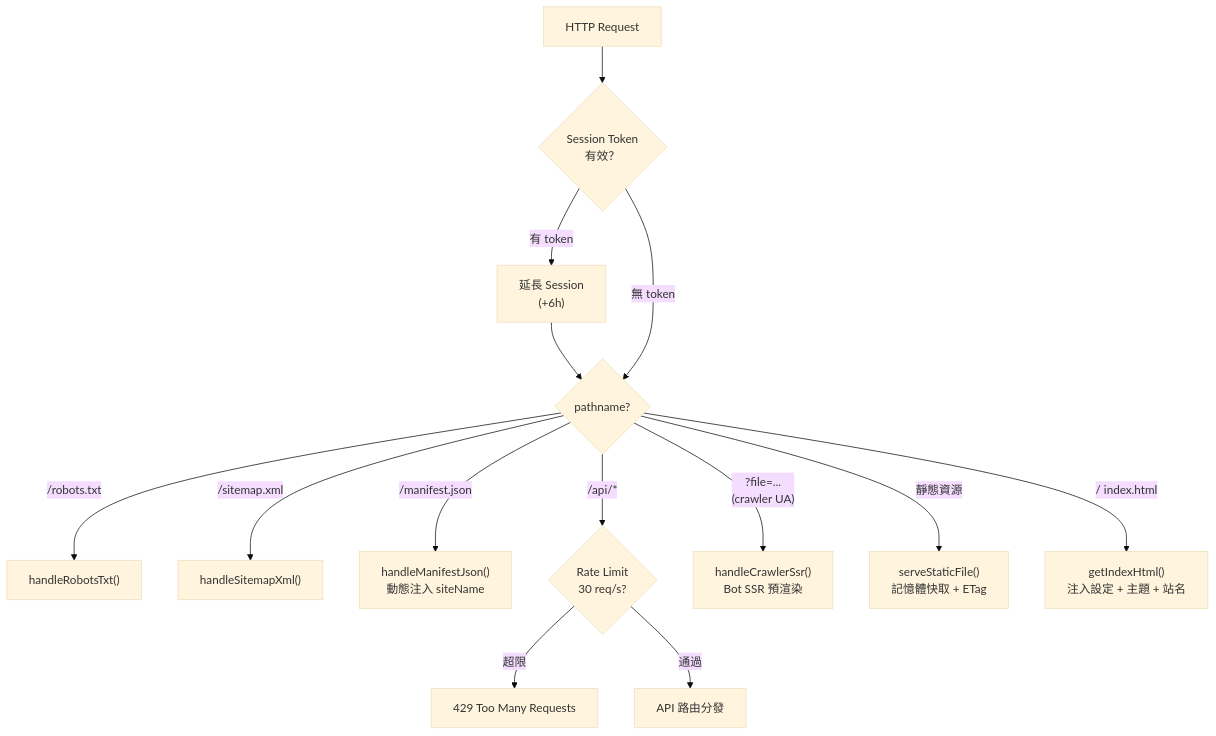
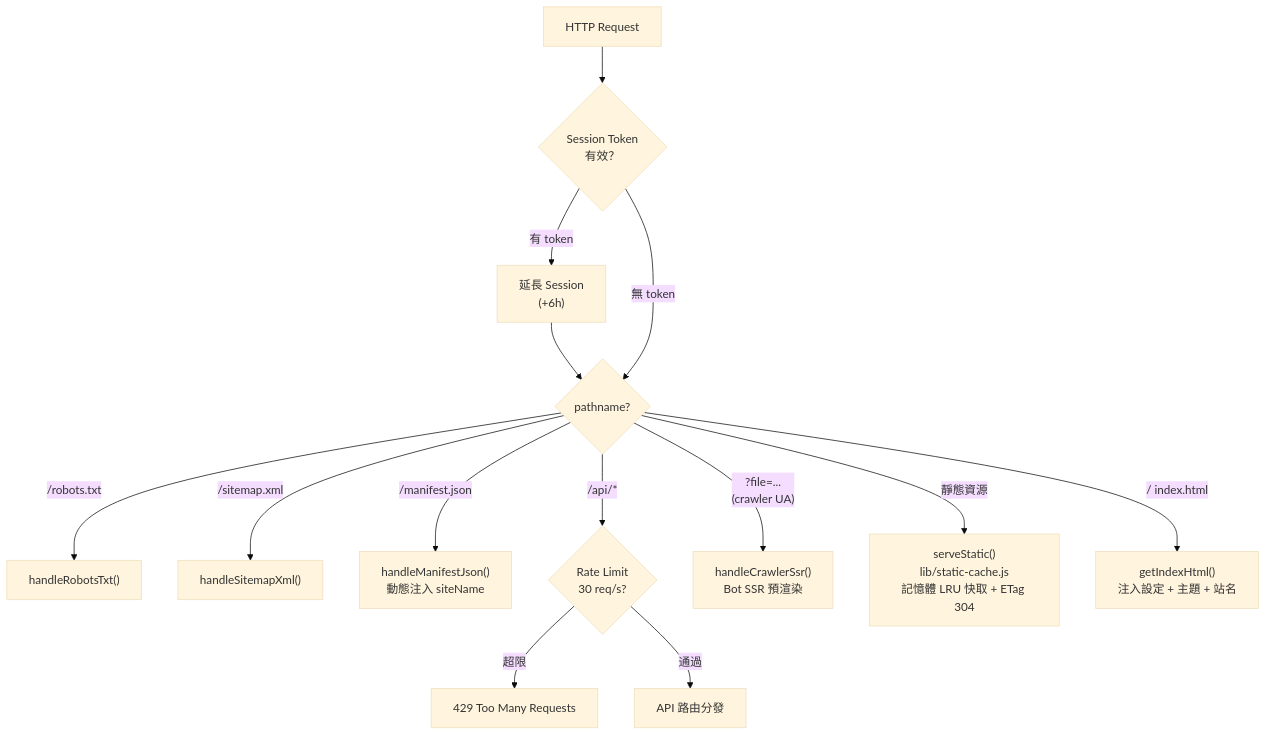
The second of 11 diagrams in ARCHITECTURE.md (jmedzen/mdWebview), drawn with Mermaid (base theme) before and after one commit. The commit also changed other lines of this file and 16 other files, not shown here.

````diff
--- a/ARCHITECTURE.md
+++ b/ARCHITECTURE.md
@@ -69,17 +108,17 @@
 ```mermaid
 flowchart TD
     Req["HTTP Request"] --> AuthCheck{"Session Token\n有效？"}
     AuthCheck -- "有 token" --> SlideSession["延長 Session\n(+6h)"]
     SlideSession --> RouteCheck
     AuthCheck -- "無 token" --> RouteCheck
 
     RouteCheck{"pathname?"} -->|"/robots.txt"| Robots["handleRobotsTxt()"]
     RouteCheck -->|"/sitemap.xml"| Sitemap["handleSitemapXml()"]
     RouteCheck -->|"/manifest.json"| Manifest["handleManifestJson()\n動態注入 siteName"]
     RouteCheck -->|"/api/*"| RateLimit{"Rate Limit\n30 req/s?"}
     RateLimit -- "超限" --> HTTP429["429 Too Many Requests"]
     RateLimit -- "通過" --> ApiRoutes["API 路由分發"]
     RouteCheck -->|"?file=...\n(crawler UA)"| CrawlerSSR["handleCrawlerSsr()\nBot SSR 預渲染"]
-    RouteCheck -->|"靜態資源"| StaticFiles["serveStaticFile()\n記憶體快取 + ETag"]
+    RouteCheck -->|"靜態資源"| StaticFiles["serveStatic()\nlib/static-cache.js\n記憶體 LRU 快取 + ETag 304"]
     RouteCheck -->|"/  index.html"| IndexSSR["getIndexHtml()\n注入設定 + 主題 + 站名"]
 ```
````
